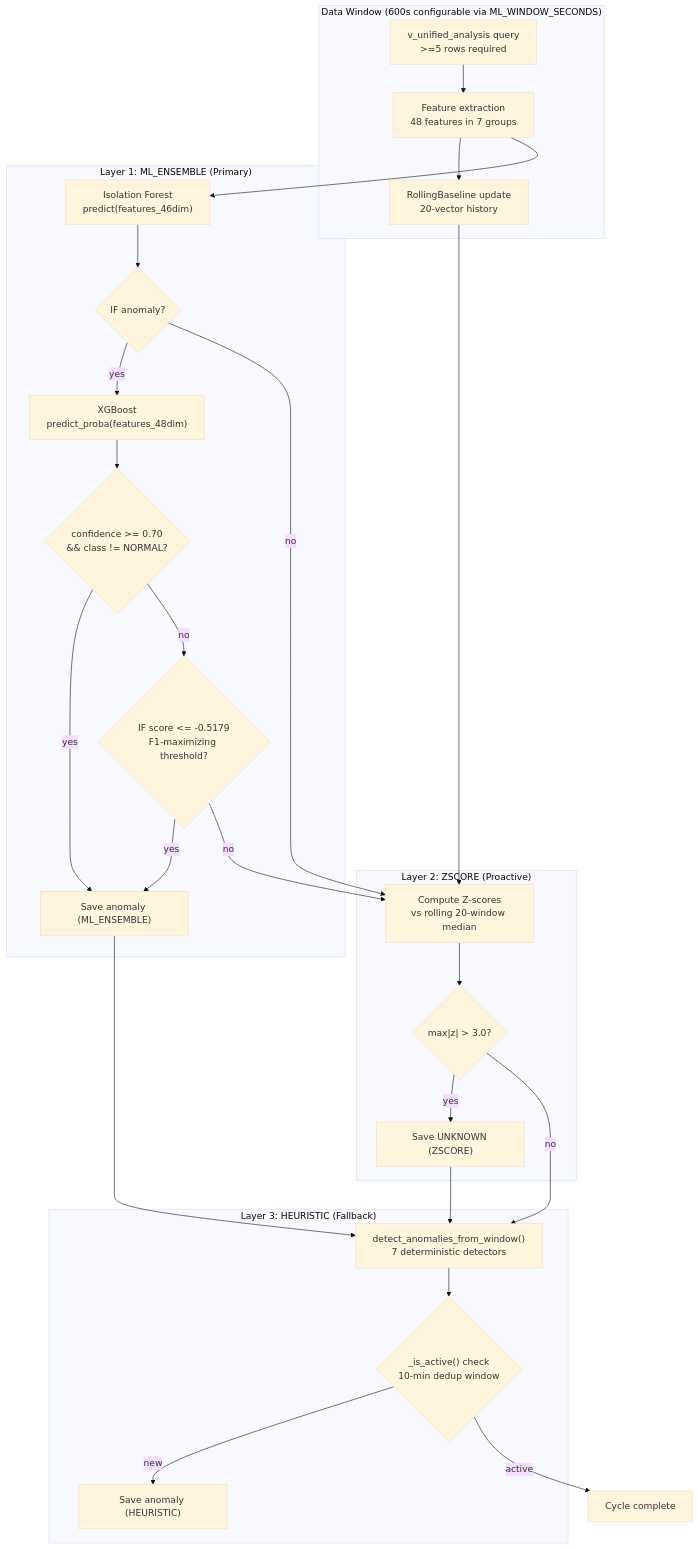
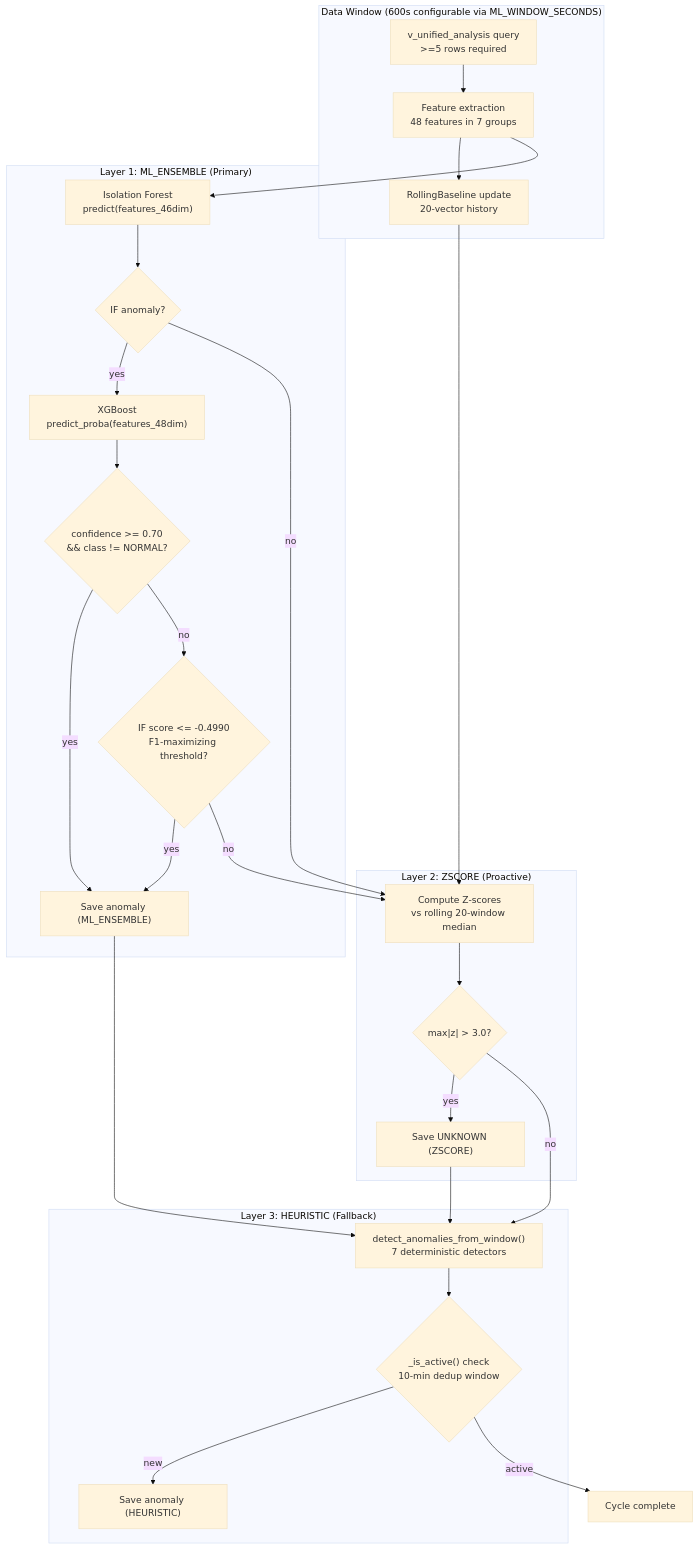
One commit to AhmedIkram05/laad changed the fourth of 10 diagrams in docs/README-full.md. Above: the diagram before and after it, drawn with Mermaid (base theme). The commit also changed other lines of this file and 1 other file, not shown here.

````diff
--- a/docs/README-full.md
+++ b/docs/README-full.md
@@ -568,48 +569,48 @@
 ```mermaid
 flowchart TD
   subgraph Window ["Data Window (600s configurable via ML_WINDOW_SECONDS)"]
     Q["v_unified_analysis query<br/>>=5 rows required"]
     FE["Feature extraction<br/>48 features in 7 groups"]
     BU["RollingBaseline update<br/>20-vector history"]
   end
 
   subgraph Layer1 ["Layer 1: ML_ENSEMBLE (Primary)"]
     IF["Isolation Forest<br/>predict(features_46dim)"]
     IF_ANOM{"IF anomaly?"}
     XGB["XGBoost<br/>predict_proba(features_48dim)"]
     HIGH{"confidence >= 0.70<br/>&& class != NORMAL?"}
-    UNKNOWN{"IF score <= -0.5179<br/>F1-maximizing threshold?"}
+    UNKNOWN{"IF score <= -0.4990<br/>F1-maximizing threshold?"}
     SAVE1["Save anomaly (ML_ENSEMBLE)"]
   end
 
   subgraph Layer2 ["Layer 2: ZSCORE (Proactive)"]
     ZR["Compute Z-scores<br/>vs rolling 20-window median"]
     MAXZ{"max|z| > 3.0?"}
     SAVE2["Save UNKNOWN (ZSCORE)"]
   end
 
   subgraph Layer3 ["Layer 3: HEURISTIC (Fallback)"]
     DET["detect_anomalies_from_window()<br/>7 deterministic detectors"]
     DEDUP{"_is_active() check<br/>10-min dedup window"}
     SAVE3["Save anomaly (HEURISTIC)"]
   end
 
   Q --> FE --> BU
   FE --> IF
   IF --> IF_ANOM
   IF_ANOM -->|"yes"| XGB
   IF_ANOM -->|"no"| ZR
   XGB --> HIGH
   HIGH -->|"yes"| SAVE1
   HIGH -->|"no"| UNKNOWN
   UNKNOWN -->|"yes"| SAVE1
   UNKNOWN -->|"no"| ZR
   BU --> ZR
   ZR --> MAXZ
   MAXZ -->|"yes"| SAVE2
   MAXZ -->|"no"| DET
   SAVE1 & SAVE2 --> DET
   DET --> DEDUP
   DEDUP -->|"new"| SAVE3
   DEDUP -->|"active"| END["Cycle complete"]
 ```
````
